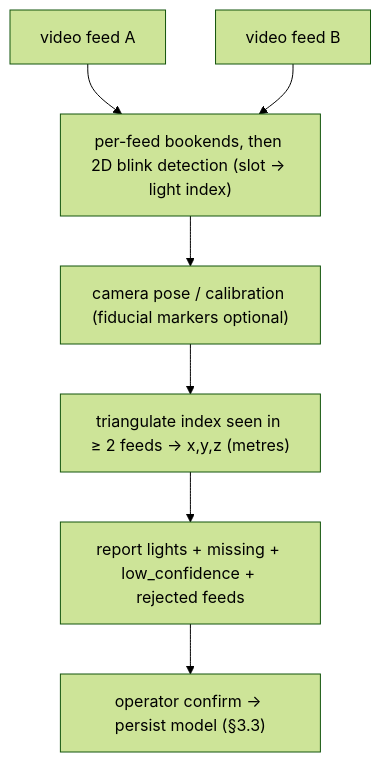
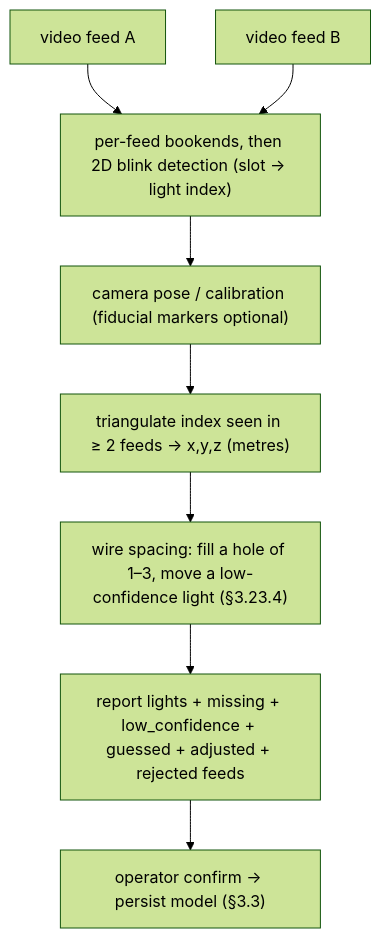
One commit to mudged/dlm changed the fourth of 4 diagrams in docs/design/backend-lights-and-automation.md. Above: the diagram before and after it, drawn with Mermaid (forest theme). The commit also changed other lines of this file and 8 other files, not shown here.

````diff
--- a/docs/design/backend-lights-and-automation.md
+++ b/docs/design/backend-lights-and-automation.md
@@ -864,9 +866,10 @@
 ```mermaid
 flowchart TB
   V1["video feed A"] --> DET
   V2["video feed B"] --> DET
   DET["per-feed bookends, then 2D blink detection (slot → light index)"] --> POSE
   POSE["camera pose / calibration (fiducial markers optional)"] --> TRI
-  TRI["triangulate index seen in ≥ 2 feeds → x,y,z (metres)"] --> REP
-  REP["report lights + missing + low_confidence + rejected feeds"] --> CONF["operator confirm → persist model (§3.3)"]
+  TRI["triangulate index seen in ≥ 2 feeds → x,y,z (metres)"] --> GAP
+  GAP["wire spacing: fill a hole of 1–3, move a low-confidence light (§3.23.4)"] --> REP
+  REP["report lights + missing + low_confidence + guessed + adjusted + rejected feeds"] --> CONF["operator confirm → persist model (§3.3)"]
 ```
````
